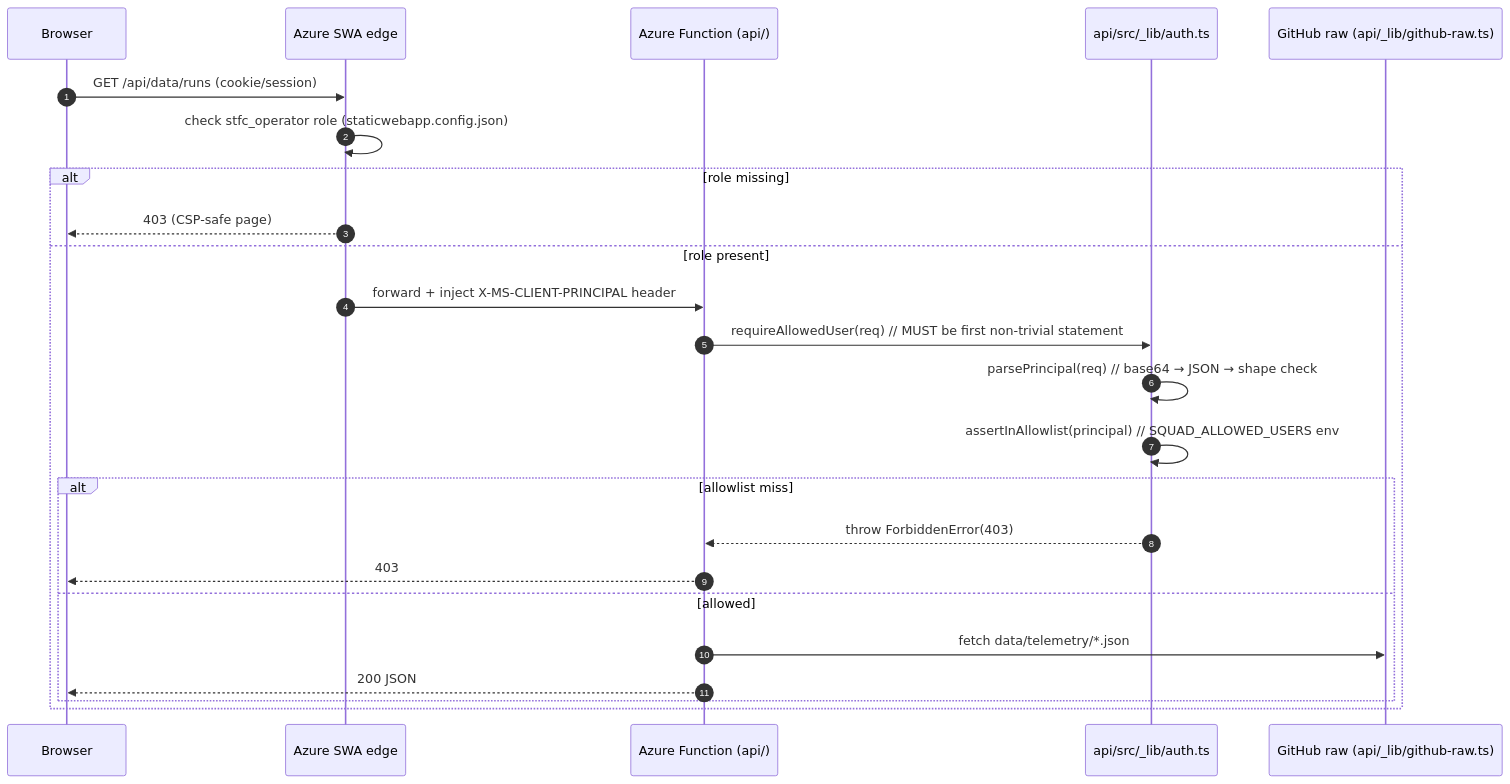
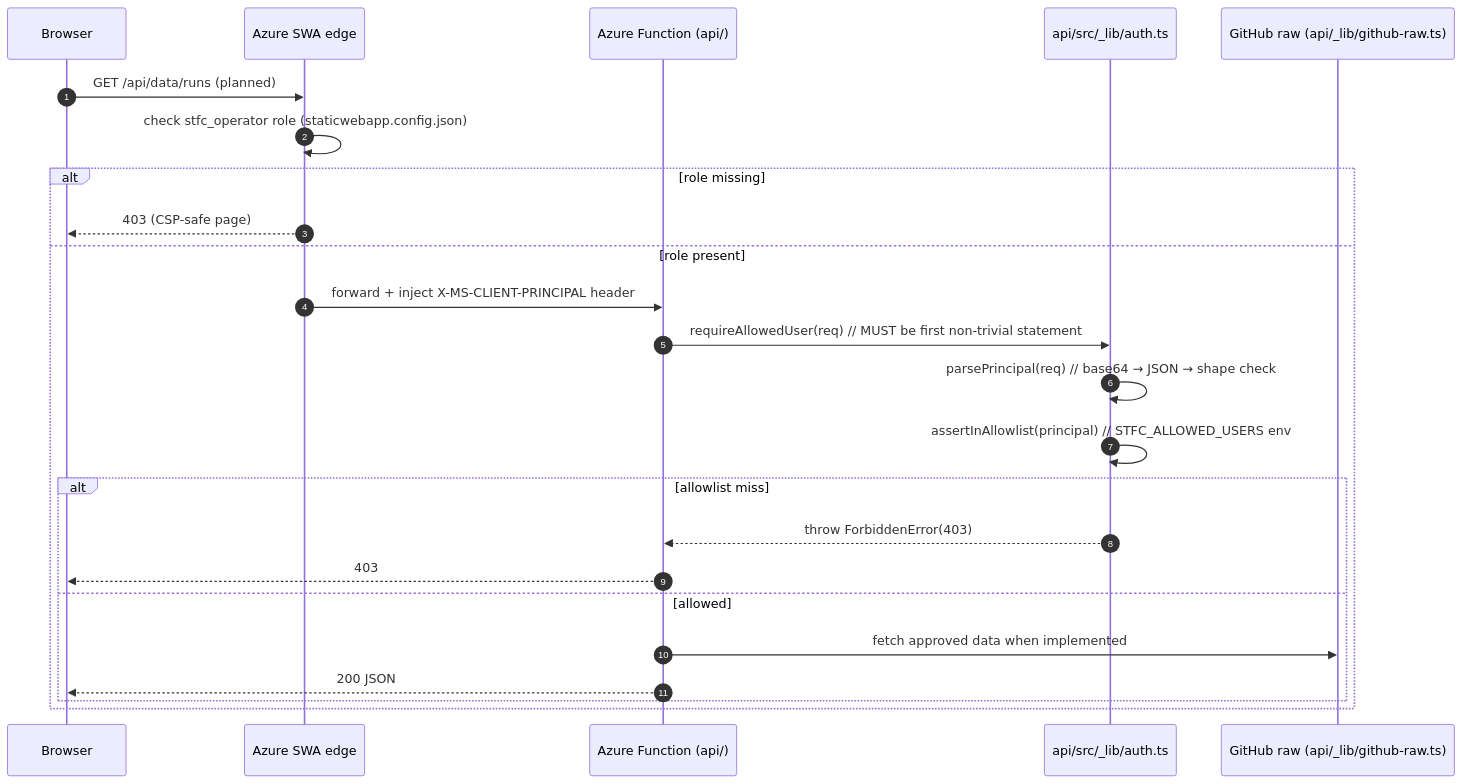
The fourth of 4 diagrams in docs/ARCHITECTURE.md (Jamula/stfc), drawn with Mermaid before and after one commit. The commit also changed other lines of this file and 373 other files, not shown here.

````diff
--- a/docs/ARCHITECTURE.md
+++ b/docs/ARCHITECTURE.md
@@ -584,27 +477,27 @@
 ```mermaid
 sequenceDiagram
   autonumber
   participant Browser
   participant Edge as Azure SWA edge
   participant Fn as Azure Function (api/)
   participant Auth as api/src/_lib/auth.ts
   participant Repo as GitHub raw (api/_lib/github-raw.ts)
 
-  Browser->>Edge: GET /api/data/runs (cookie/session)
+  Browser->>Edge: GET /api/data/runs (planned)
   Edge->>Edge: check stfc_operator role (staticwebapp.config.json)
   alt role missing
     Edge-->>Browser: 403 (CSP-safe page)
   else role present
     Edge->>Fn: forward + inject X-MS-CLIENT-PRINCIPAL header
     Fn->>Auth: requireAllowedUser(req)   // MUST be first non-trivial statement
     Auth->>Auth: parsePrincipal(req)     // base64 → JSON → shape check
-    Auth->>Auth: assertInAllowlist(principal)  // SQUAD_ALLOWED_USERS env
+    Auth->>Auth: assertInAllowlist(principal)  // STFC_ALLOWED_USERS env
     alt allowlist miss
       Auth-->>Fn: throw ForbiddenError(403)
       Fn-->>Browser: 403
     else allowed
-      Fn->>Repo: fetch data/telemetry/*.json
+      Fn->>Repo: fetch approved data when implemented
       Fn-->>Browser: 200 JSON
     end
   end
 ```
````
